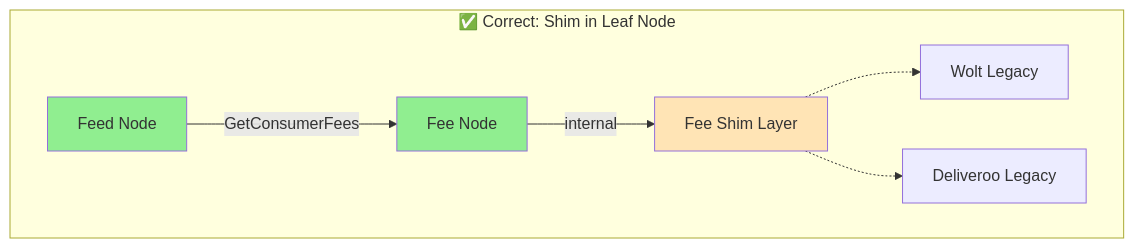
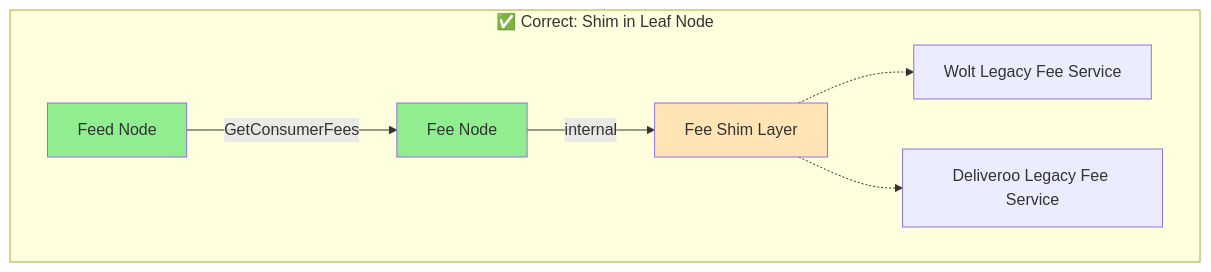
The second of 3 diagrams in shim/shim-design-principles.md (zhengli-sun/docs), drawn with Mermaid before and after one commit. The commit also changed other lines of this file, not shown here.

````diff
--- a/shim/shim-design-principles.md
+++ b/shim/shim-design-principles.md
@@ -58,13 +58,13 @@
 ```mermaid
 flowchart TB
     subgraph "✅ Correct: Shim in Leaf Node"
         F2[Feed Node] -->|GetConsumerFees| FEE[Fee Node]
         FEE -->|internal| SHIM[Fee Shim Layer]
-        SHIM -.-> W2[Wolt Legacy]
-        SHIM -.-> D2[Deliveroo Legacy]
+        SHIM -.-> W2[Wolt Legacy Fee Service]
+        SHIM -.-> D2[Deliveroo Legacy Fee Service]
         
         style F2 fill:#90EE90
         style FEE fill:#90EE90
         style SHIM fill:#FFE4B5
     end
 ```
````
